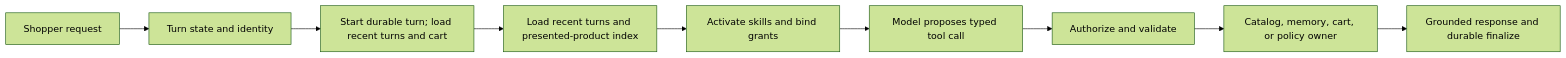
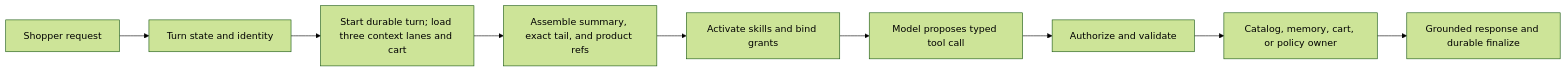
One commit to NVIDIA-AI-Blueprints/retail-shopping-assistant changed the diagram in docs/SHOPPER_AGENT_LEADERSHIP_NOTE.md. Above: the diagram before and after it, drawn with Mermaid (forest theme). The commit also changed other lines of this file and 29 other files, not shown here.

````diff
--- a/docs/SHOPPER_AGENT_LEADERSHIP_NOTE.md
+++ b/docs/SHOPPER_AGENT_LEADERSHIP_NOTE.md
@@ -24,11 +26,11 @@
 ```mermaid
 flowchart LR
     A[Shopper request] --> B[Turn state and identity]
-    B --> C[Start durable turn; load recent turns and cart]
-    C --> D[Load recent turns and presented-product index]
+    B --> C[Start durable turn; load three context lanes and cart]
+    C --> D[Assemble summary, exact tail, and product refs]
     D --> E[Activate skills and bind grants]
     E --> F[Model proposes typed tool call]
     F --> G[Authorize and validate]
     G --> H[Catalog, memory, cart, or policy owner]
     H --> I[Grounded response and durable finalize]
 ```
````
